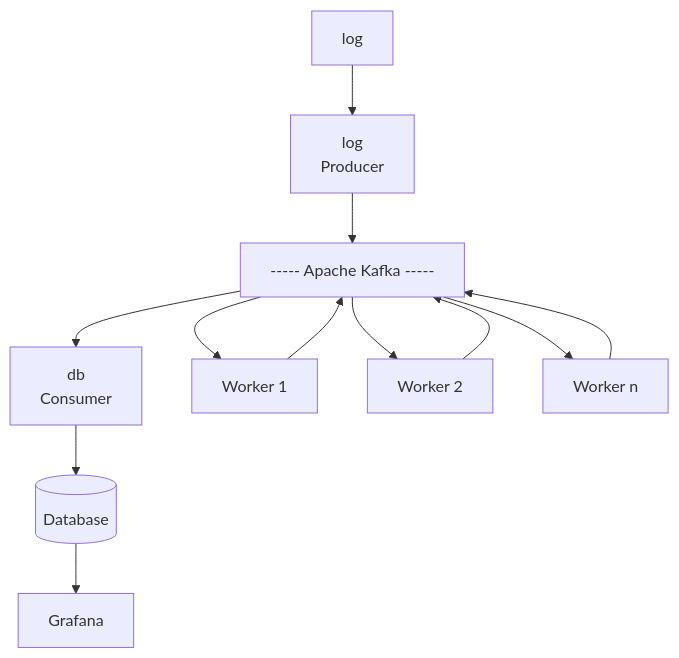
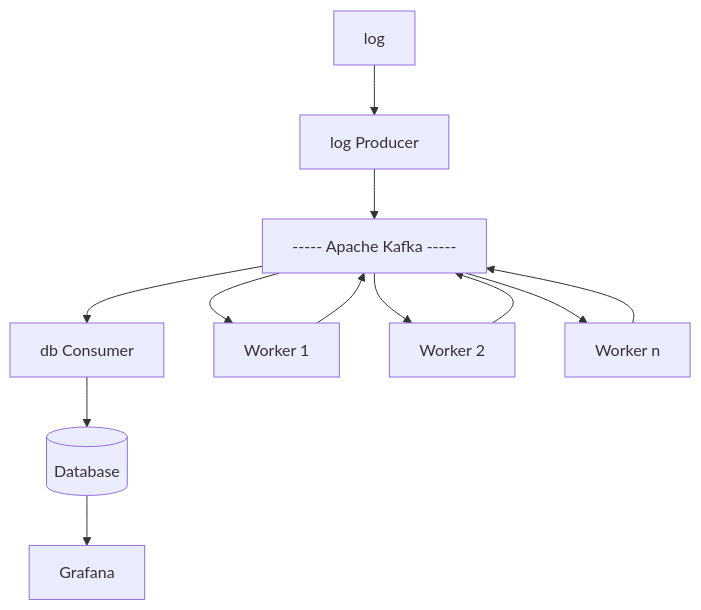
One commit to tomwey2/linux-syslog-analysis-with-kafka changed the second of 2 diagrams in README.md. Above: the diagram before and after it, drawn with Mermaid.

````diff
--- a/README.md
+++ b/README.md
@@ -27,17 +27,17 @@
 ```mermaid
 flowchart TD
     idKafka[----- Apache Kafka -----]
     idDb[(Database)]
     idLog[log]
-    idProducer[log \n Producer]
-    idConsumer[db \n Consumer]
+    idProducer[log Producer]
+    idConsumer[db Consumer]
     idGrafana[Grafana]
     idWorker1[Worker 1]
     idWorker2[Worker 2]
     idWorkerN[Worker n]
     idLog --> idProducer --> idKafka
     idKafka --> idWorker1 --> idKafka
     idKafka --> idWorker2 --> idKafka
     idKafka --> idWorkerN --> idKafka
     idKafka --> idConsumer --> idDb --> idGrafana
 ```
````
